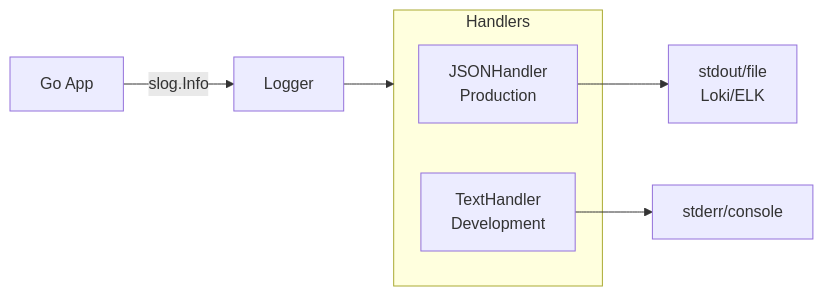
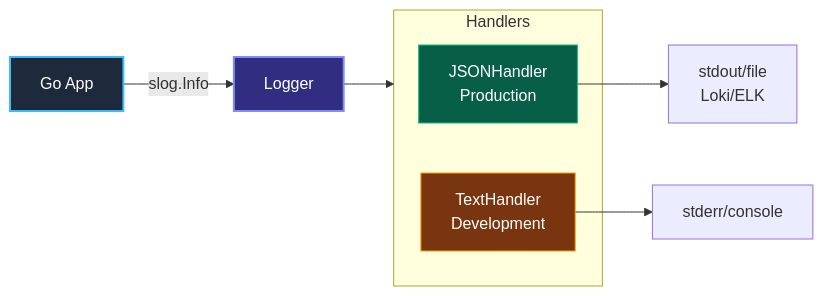
Before and after one commit to UnrealTemplier/go-textbook: the diagram in sources/18. Observability (Мониторинг и наблюдаемость)/03. Логирование/1. Structured logging.md, drawn with Mermaid. The commit also changed other lines of this file, not shown here.

````diff
--- a/sources/18. Observability (Мониторинг и наблюдаемость)/03. Логирование/1. Structured logging.md
+++ b/sources/18. Observability (Мониторинг и наблюдаемость)/03. Логирование/1. Structured logging.md
@@ -107,13 +145,18 @@
 ```mermaid
 flowchart LR
     A["Go App"] -->|"slog.Info"| B["Logger"]
     B --> C["Handler Interface"]
     
     subgraph C ["Handlers"]
         D["JSONHandler<br>Production"]
         E["TextHandler<br>Development"]
     end
     
     D --> F["stdout/file<br>Loki/ELK"]
     E --> G["stderr/console"]
+
+    style A fill:#1e293b,stroke:#38bdf8,stroke-width:2px,color:#fff
+    style B fill:#312e81,stroke:#818cf8,stroke-width:2px,color:#fff
+    style D fill:#065f46,stroke:#10b981,color:#fff
+    style E fill:#78350f,stroke:#f59e0b,color:#fff
 ```
````
